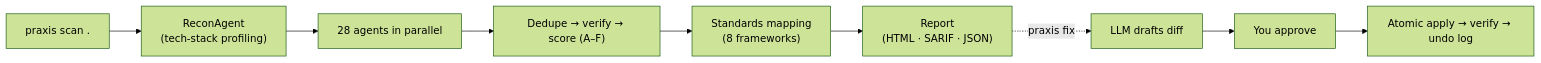
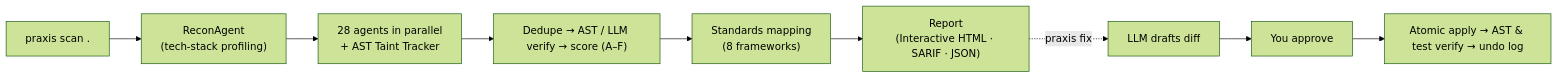
The diagram in README.md (Ganron007/Praxis), drawn with Mermaid (forest theme) before and after one commit. The commit also changed other lines of this file and 26 other files, not shown here.

Commit message:
feat: AST/CST taint engine, dynamic AI red teaming, accuracy benchmarks, and executive Pro report

````diff
--- a/README.md
+++ b/README.md
@@ -59,11 +64,11 @@
 ```mermaid
 flowchart LR
     A["praxis scan ."] --> B["ReconAgent<br/>(tech-stack profiling)"]
-    B --> C["28 agents in parallel"]
-    C --> D["Dedupe → verify → score (A–F)"]
+    B --> C["28 agents in parallel<br/>+ AST Taint Tracker"]
+    C --> D["Dedupe → AST / LLM verify → score (A–F)"]
     D --> E["Standards mapping<br/>(8 frameworks)"]
-    E --> F["Report<br/>(HTML · SARIF · JSON)"]
+    E --> F["Report<br/>(Interactive HTML · SARIF · JSON)"]
     F -. "praxis fix" .-> G["LLM drafts diff"]
     G --> H["You approve"]
-    H --> I["Atomic apply → verify → undo log"]
+    H --> I["Atomic apply → AST & test verify → undo log"]
 ```
````
